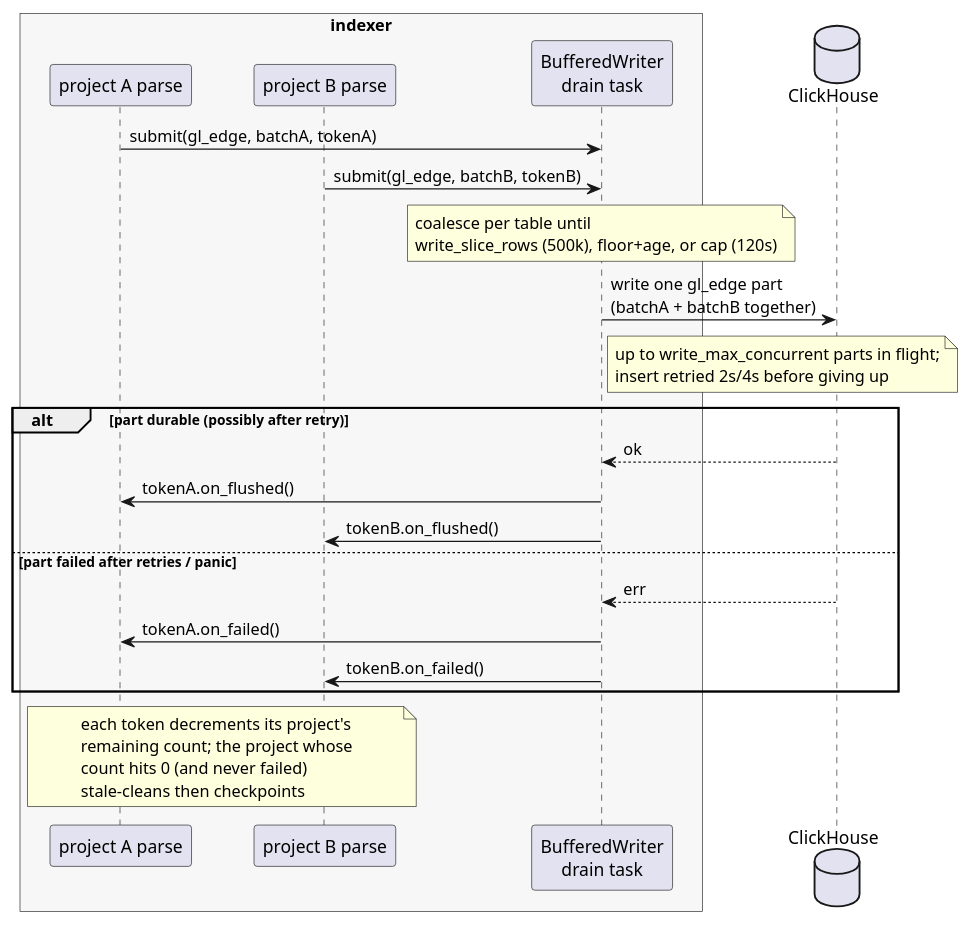
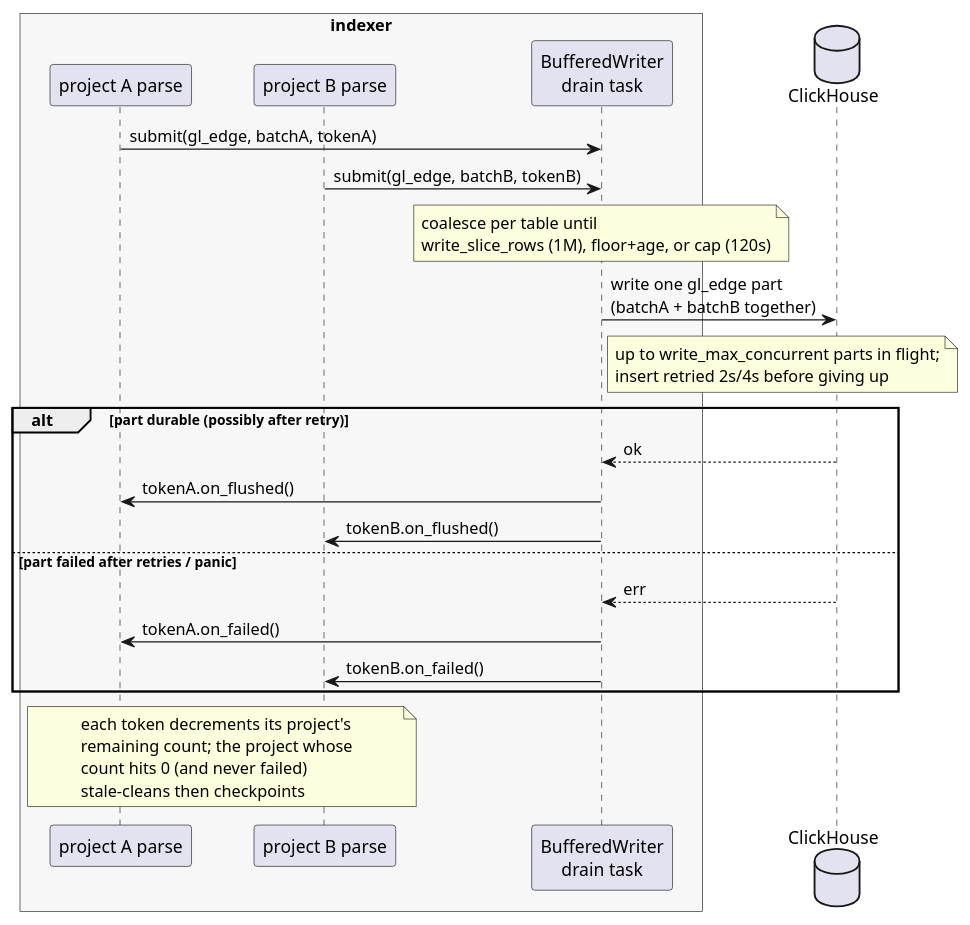
The fourth of 5 diagrams in docs/design-documents/indexing/code_indexing.md (gitlabhq/orbit-knowledge-graph), drawn with PlantUML before and after one commit. The commit also changed other lines of this file and 3 other files, not shown here.

Commit message:
chore(indexer): lower flush floor to 10k, raise slice ceiling to 1M

````diff
--- a/docs/design-documents/indexing/code_indexing.md
+++ b/docs/design-documents/indexing/code_indexing.md
@@ -379,33 +379,33 @@
 ```plantuml
 @startuml
 skinparam shadowing false
 skinparam ParticipantPadding 20
 skinparam BoxPadding 12
 
 box "indexer" #F7F7F7
   participant "project A parse" as A
   participant "project B parse" as B
   participant "BufferedWriter\ndrain task" as W
 end box
 database ClickHouse as CH
 
 A -> W : submit(gl_edge, batchA, tokenA)
 B -> W : submit(gl_edge, batchB, tokenB)
-note over W : coalesce per table until\nwrite_slice_rows (500k), floor+age, or cap (120s)
+note over W : coalesce per table until\nwrite_slice_rows (1M), floor+age, or cap (120s)
 
 W -> CH : write one gl_edge part\n(batchA + batchB together)
 note right of W : up to write_max_concurrent parts in flight;\ninsert retried 2s/4s before giving up
 
 alt part durable (possibly after retry)
   CH --> W : ok
   W -> A : tokenA.on_flushed()
   W -> B : tokenB.on_flushed()
 else part failed after retries / panic
   CH --> W : err
   W -> A : tokenA.on_failed()
   W -> B : tokenB.on_failed()
 end
 
 note over A, B : each token decrements its project's\nremaining count; the project whose\ncount hits 0 (and never failed)\nstale-cleans then checkpoints
 @enduml
 ```
````
